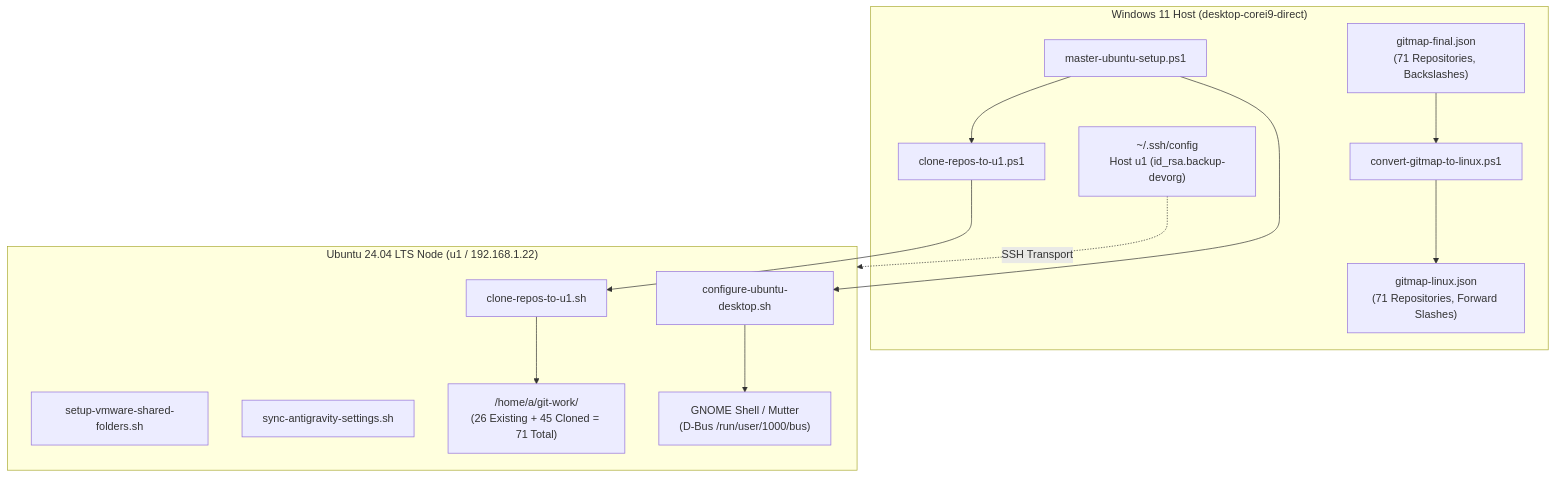
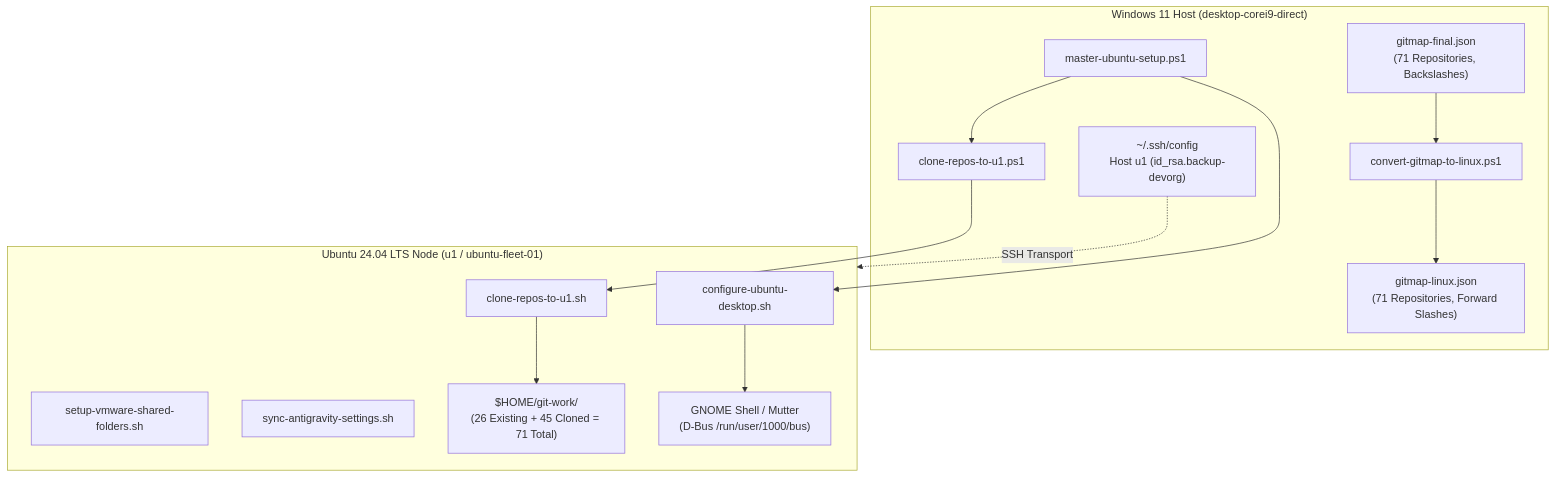
One commit to alimtvnetwork/gitmap-v28 changed the first of 2 diagrams in 02-spec/21-app/211-ubuntu-fleet-git-clone-and-os-customization/02-component-spec.md. Above: the diagram before and after it, drawn with Mermaid. The commit also changed other lines of this file and 49 other files, not shown here.

Commit message:
Feature: nodes-agy-ui - remote fleet settings sync, project-scoped prompt dispatch, nodes agy ui dashboard, privacy scrub, and cursor automation

````diff
--- a/02-spec/21-app/211-ubuntu-fleet-git-clone-and-os-customization/02-component-spec.md
+++ b/02-spec/21-app/211-ubuntu-fleet-git-clone-and-os-customization/02-component-spec.md
@@ -17,26 +17,26 @@
 ```mermaid
 flowchart TD
     subgraph WindowsHost["Windows 11 Host (desktop-corei9-direct)"]
         SSHConf["~/.ssh/config<br/>Host u1 (id_rsa.backup-devorg)"]
         ManifestWin["gitmap-final.json<br/>(71 Repositories, Backslashes)"]
         ConvScript["convert-gitmap-to-linux.ps1"]
         ManifestLinux["gitmap-linux.json<br/>(71 Repositories, Forward Slashes)"]
         MasterRunner["master-ubuntu-setup.ps1"]
         CloneWrapper["clone-repos-to-u1.ps1"]
     end
 
-    subgraph RemoteNode["Ubuntu 24.04 LTS Node (u1 / 192.168.1.22)"]
+    subgraph RemoteNode["Ubuntu 24.04 LTS Node (u1 / ubuntu-fleet-01)"]
         CloneEngine["clone-repos-to-u1.sh"]
         DesktopEngine["configure-ubuntu-desktop.sh"]
         VMwareEngine["setup-vmware-shared-folders.sh"]
         AntigravityEngine["sync-antigravity-settings.sh"]
-        WorkDir["/home/a/git-work/<br/>(26 Existing + 45 Cloned = 71 Total)"]
+        WorkDir["$HOME/git-work/<br/>(26 Existing + 45 Cloned = 71 Total)"]
         GnomeEnv["GNOME Shell / Mutter<br/>(D-Bus /run/user/1000/bus)"]
     end
 
     ManifestWin --> ConvScript --> ManifestLinux
     SSHConf -. SSH Transport .-> RemoteNode
     MasterRunner --> CloneWrapper --> CloneEngine
     CloneEngine --> WorkDir
     MasterRunner --> DesktopEngine --> GnomeEnv
 ```
````
